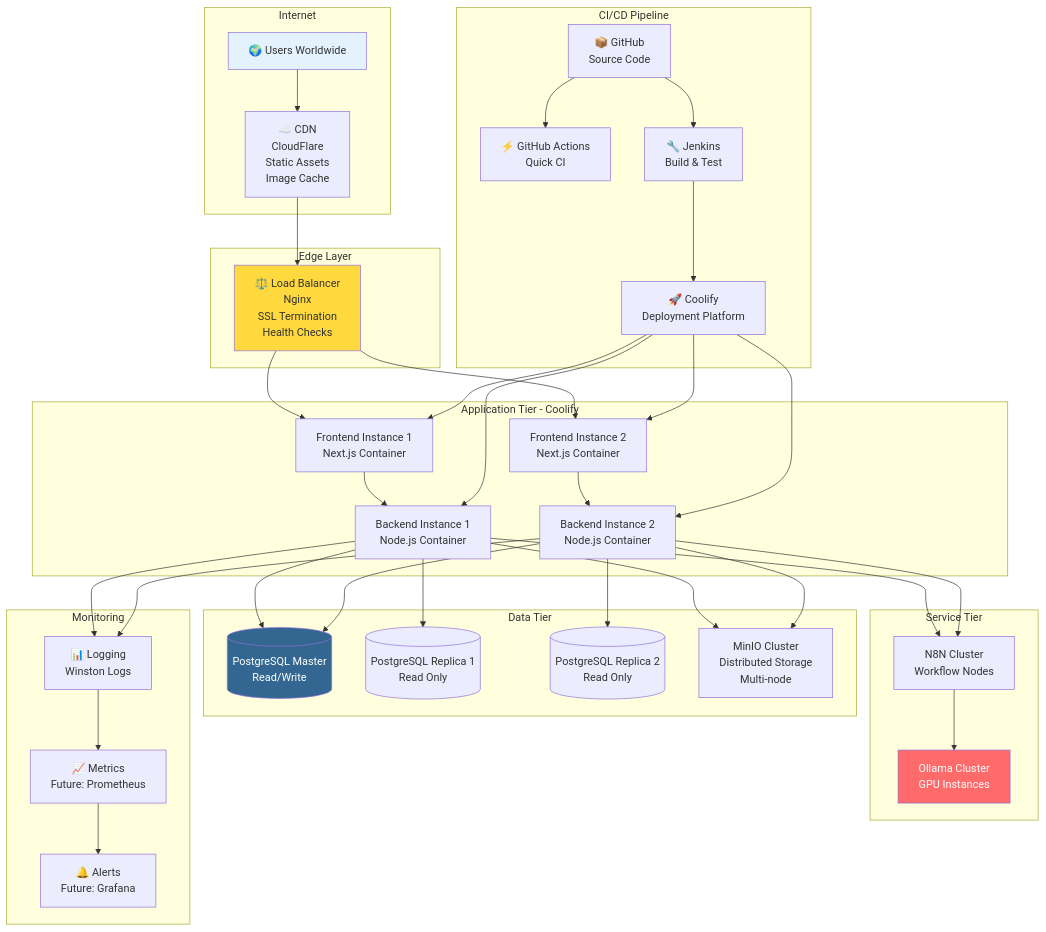
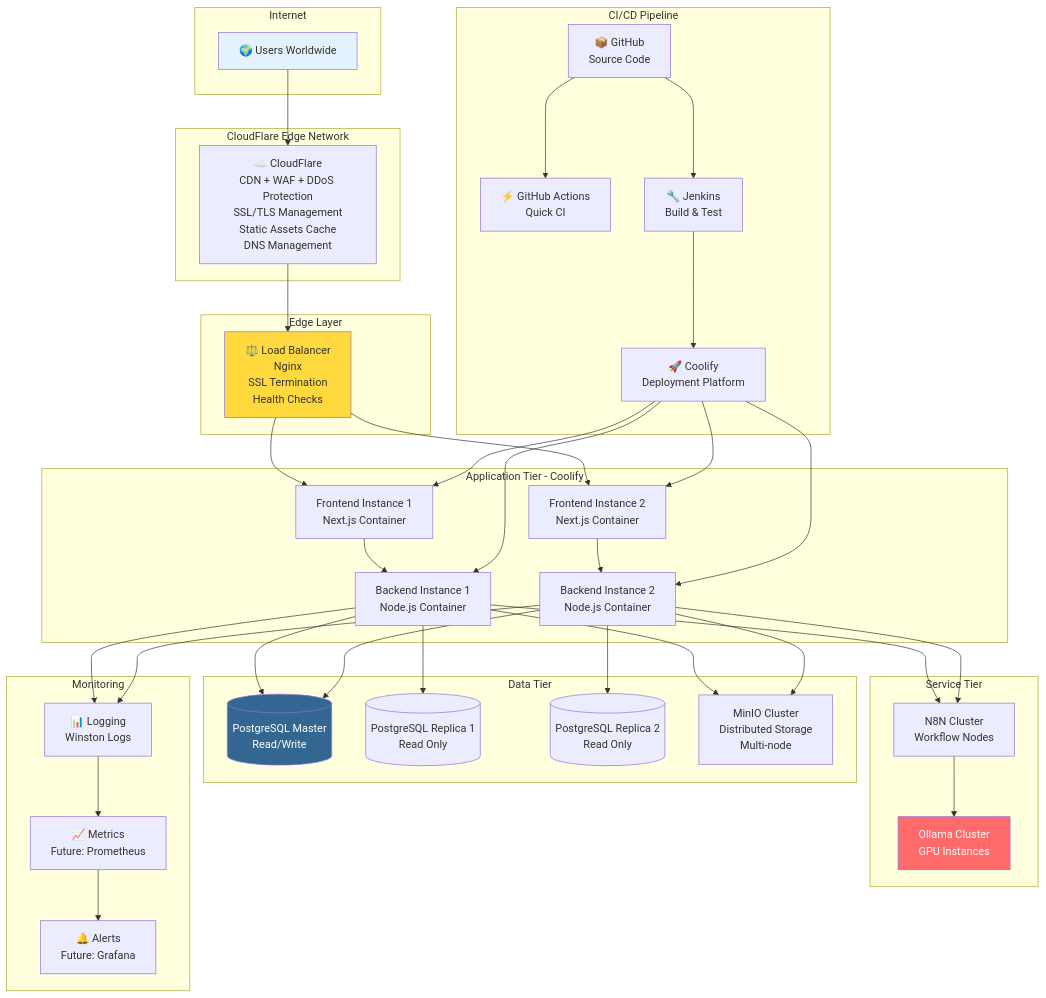
The sixth of 7 diagrams in diagrams/high-level-diagram.md (tikpoptv/MUSE-MUSIC), drawn with Mermaid before and after one commit. The commit also changed other lines of this file and 2 other files, not shown here.

First line of the commit message:
Update diagrams to reflect CloudFlare integration

```diff
--- a/diagrams/high-level-diagram.md
+++ b/diagrams/high-level-diagram.md
@@ -289,7 +289,10 @@
 graph TB
     subgraph "Internet"
         USERS[🌍 Users Worldwide]
-        CDN[☁️ CDN<br/>CloudFlare<br/>Static Assets<br/>Image Cache]
+    end
+    
+    subgraph "CloudFlare Edge Network"
+        CF[☁️ CloudFlare<br/>CDN + WAF + DDoS Protection<br/>SSL/TLS Management<br/>Static Assets Cache<br/>DNS Management]
     end
     
     subgraph "Edge Layer"
@@ -328,8 +331,8 @@
         ALERTS[🔔 Alerts<br/>Future: Grafana]
     end
     
-    USERS --> CDN
-    CDN --> LB
+    USERS --> CF
+    CF --> LB
     LB --> FE1
     LB --> FE2
     FE1 --> BE1
```
